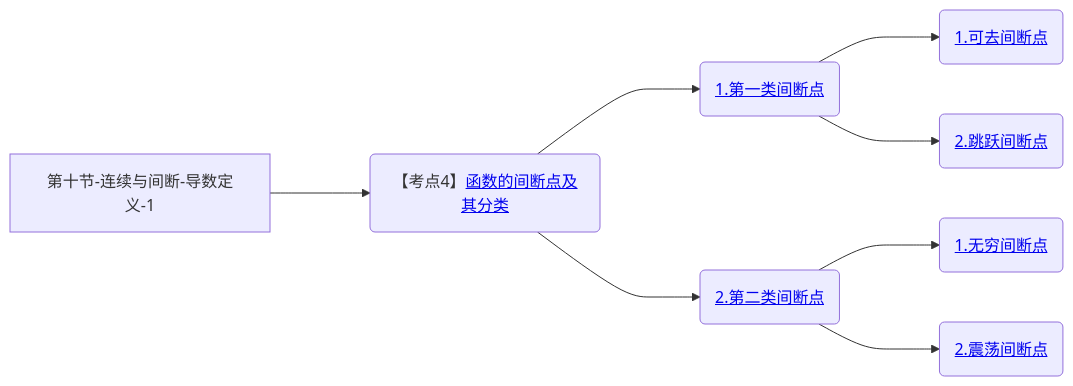
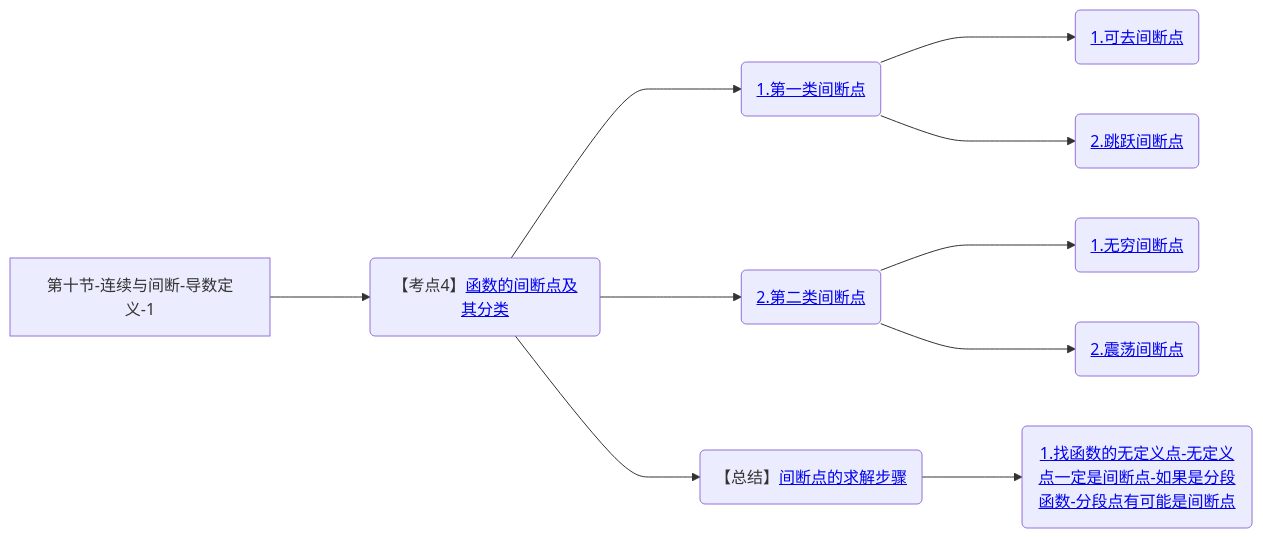
Before and after one commit to yuebinghui/note: the tenth of 10 diagrams in 笔记/数学/周洋鑫/01.基础班思维导图.md, drawn with Mermaid. The commit also changed 4 other files, not shown here.

````diff
--- a/笔记/数学/周洋鑫/01.基础班思维导图.md
+++ b/笔记/数学/周洋鑫/01.基础班思维导图.md
@@ -380,12 +380,14 @@
 ```mermaid
 graph LR
 第十节-连续与间断-导数定义-1
 
 第十节-连续与间断-导数定义-1--->函数的间断点及其分类(【考点4】<a href="/Users/yuebinghui/Documents/program/github/note/笔记/数学/周洋鑫/基础班/10.连续与间断_导数定义_1.md#函数的间断点及其分类">函数的间断点及其分类</>)
 函数的间断点及其分类--->1.第一类间断点(<a href="/Users/yuebinghui/Documents/program/github/note/笔记/数学/周洋鑫/基础班/10.连续与间断_导数定义_1.md#1.第一类间断点">1.第一类间断点</>)
 1.第一类间断点--->1.可去间断点(<a href="/Users/yuebinghui/Documents/program/github/note/笔记/数学/周洋鑫/基础班/10.连续与间断_导数定义_1.md#1.可去间断点">1.可去间断点</>)
 1.第一类间断点--->2.跳跃间断点(<a href="/Users/yuebinghui/Documents/program/github/note/笔记/数学/周洋鑫/基础班/10.连续与间断_导数定义_1.md#2.跳跃间断点">2.跳跃间断点</>)
 函数的间断点及其分类--->2.第二类间断点(<a href="/Users/yuebinghui/Documents/program/github/note/笔记/数学/周洋鑫/基础班/10.连续与间断_导数定义_1.md#2.第二类间断点">2.第二类间断点</>)
 2.第二类间断点--->1.无穷间断点(<a href="/Users/yuebinghui/Documents/program/github/note/笔记/数学/周洋鑫/基础班/10.连续与间断_导数定义_1.md#1.无穷间断点">1.无穷间断点</>)
 2.第二类间断点--->2.震荡间断点(<a href="/Users/yuebinghui/Documents/program/github/note/笔记/数学/周洋鑫/基础班/10.连续与间断_导数定义_1.md#2.震荡间断点">2.震荡间断点</>)
+函数的间断点及其分类--->间断点的求解步骤(【总结】<a href="/Users/yuebinghui/Documents/program/github/note/笔记/数学/周洋鑫/基础班/10.连续与间断_导数定义_1.md#间断点的求解步骤">间断点的求解步骤</>)
+间断点的求解步骤--->1.找函数的无定义点-无定义点一定是间断点-如果是分段函数-分段点有可能是间断点(<a href="/Users/yuebinghui/Documents/program/github/note/笔记/数学/周洋鑫/基础班/10.连续与间断_导数定义_1.md#1.找函数的无定义点-无定义点一定是间断点-如果是分段函数-分段点有可能是间断点">1.找函数的无定义点-无定义点一定是间断点-如果是分段函数-分段点有可能是间断点</>)
 ```
````
